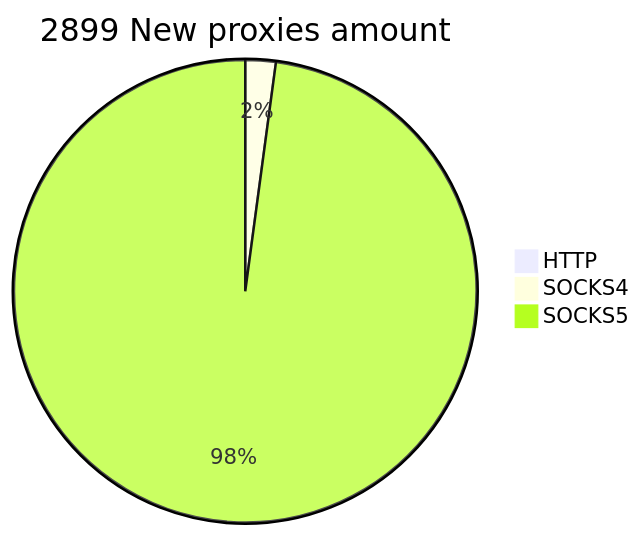
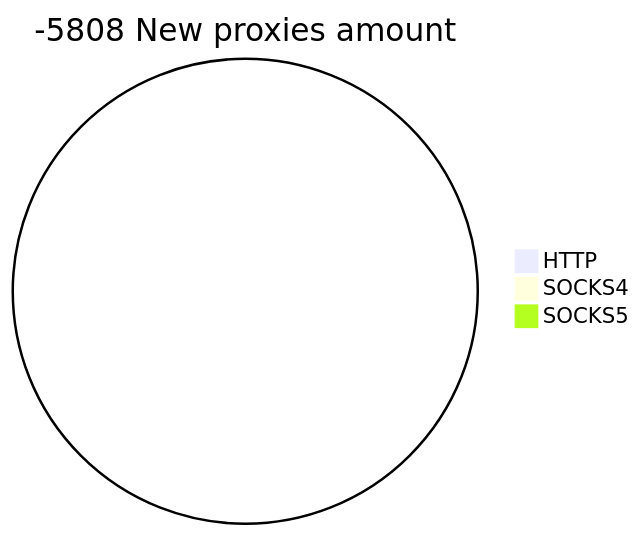
One commit to cutipu/proxylist changed the second of 2 diagrams in README.md. Above: the diagram before and after it, drawn with Mermaid. The commit also changed other lines of this file, not shown here.

````diff
--- a/README.md
+++ b/README.md
@@ -10,6 +10,6 @@
 ```mermaid
-pie title 2899 New proxies amount
+pie title -5808 New proxies amount
     "HTTP" : 0
-    "SOCKS4" : 64
-    "SOCKS5" : 2952
+    "SOCKS4" : 0
+    "SOCKS5" : 0
 ```
````
